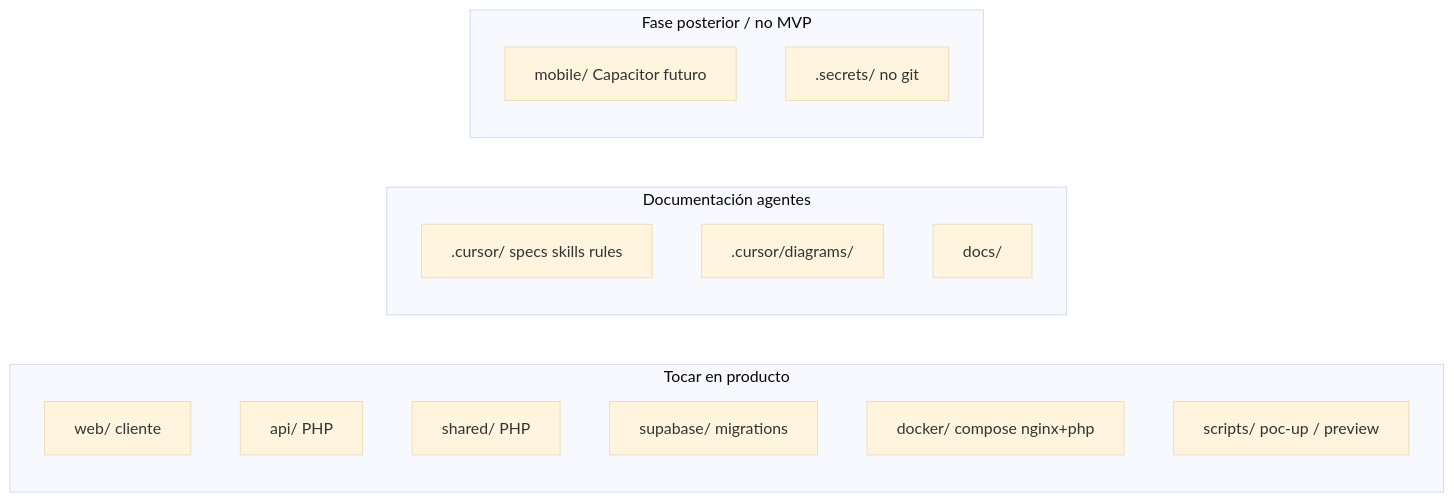
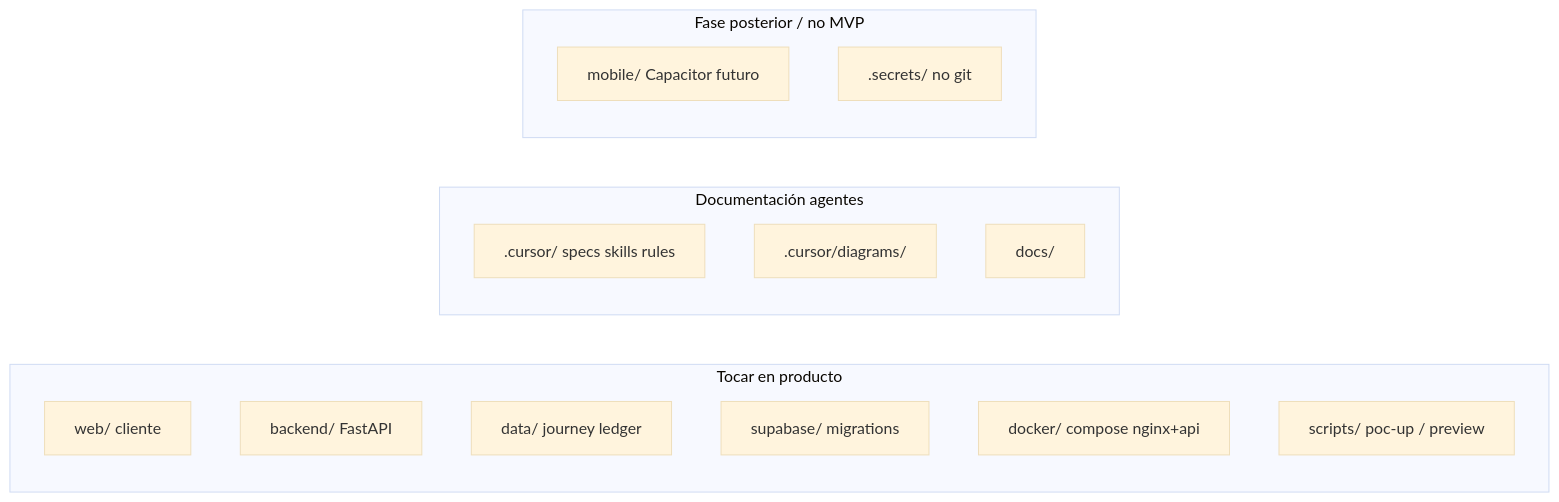
Before and after one commit to KuiperBelt-PRO/kidepik: the diagram in .cursor/diagrams/02-repo-layout.md, drawn with Mermaid (base theme). The commit also changed other lines of this file and 37 other files, not shown here.

First line of the commit message:
docs: retire PHP specs and align docs with FastAPI stack

````diff
--- a/.cursor/diagrams/02-repo-layout.md
+++ b/.cursor/diagrams/02-repo-layout.md
@@ -5,22 +5,22 @@
 ```mermaid
 flowchart LR
   subgraph touch [Tocar en producto]
     web["web/ cliente"]
-    api["api/ PHP"]
-    shared["shared/ PHP"]
+    backend["backend/ FastAPI"]
+    data["data/ journey ledger"]
     supabase["supabase/ migrations"]
-    docker["docker/ compose nginx+php"]
+    docker["docker/ compose nginx+api"]
     scripts["scripts/ poc-up / preview"]
   end
 
   subgraph docs [Documentación agentes]
     cursor[".cursor/ specs skills rules"]
     diagrams[".cursor/diagrams/"]
     docsmd["docs/"]
   end
 
   subgraph later [Fase posterior / no MVP]
     mobile["mobile/ Capacitor futuro"]
     secrets[".secrets/ no git"]
   end
 ```
````
